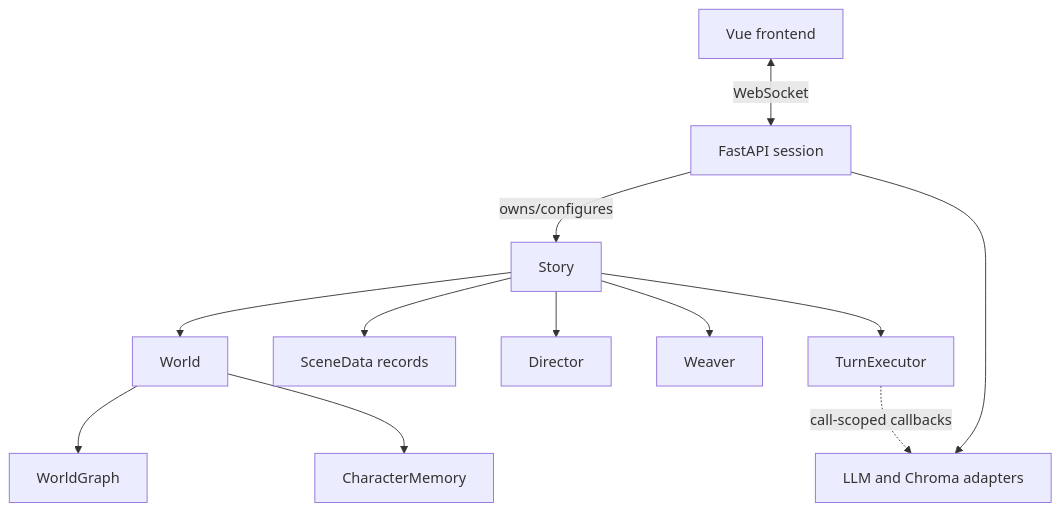
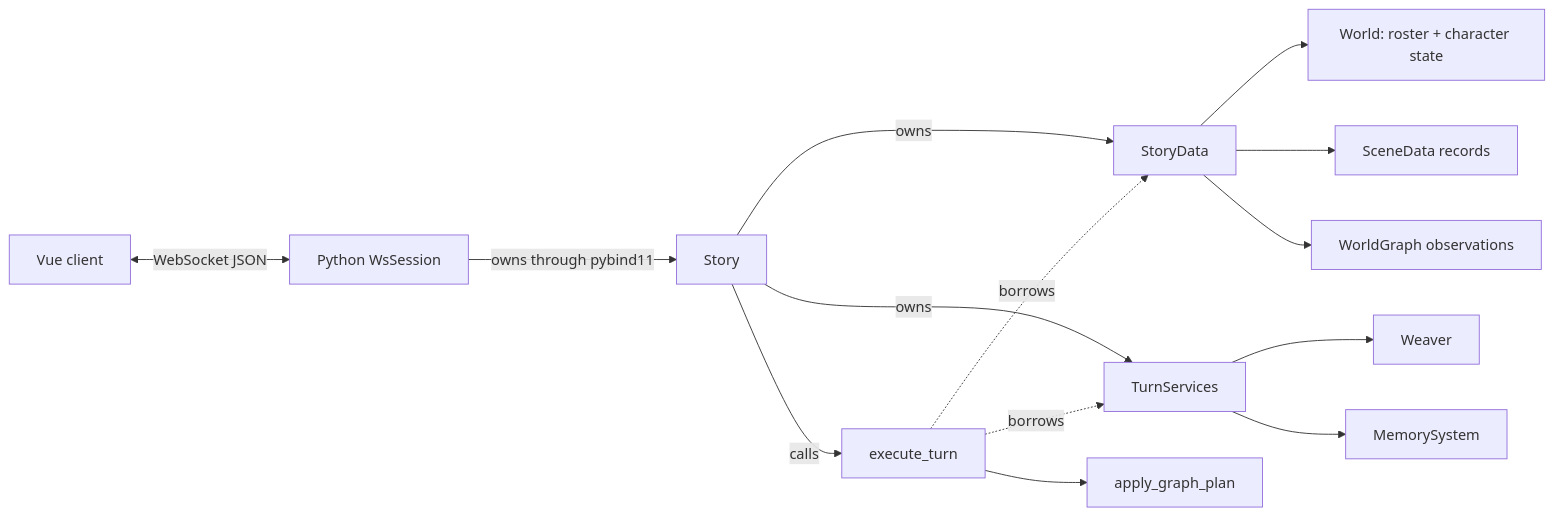
Before and after one commit to JiangWZW/Rhapsode: the diagram in wiki/architecture/system-overview.md, drawn with Mermaid. The commit also changed other lines of this file and 109 other files, not shown here.

````diff
--- a/wiki/architecture/system-overview.md
+++ b/wiki/architecture/system-overview.md
@@ -29,14 +42,16 @@
 ```mermaid
-flowchart TD
-    UI["Vue frontend"] <-->|WebSocket| API["FastAPI session"]
-    API -->|owns/configures| Story
-    API --> LLM["LLM and Chroma adapters"]
-    Story --> World
-    Story --> Scenes["SceneData records"]
-    Story --> Director
-    Story --> Weaver
-    Story --> Executor["TurnExecutor"]
-    Executor -.->|call-scoped callbacks| LLM
-    World --> Graph["WorldGraph"]
-    World --> Minds["CharacterMemory"]
+flowchart LR
+    UI["Vue client"] <-->|"WebSocket JSON"| Session["Python WsSession"]
+    Session -->|"owns through pybind11"| Story["Story"]
+    Story -->|"owns"| Data["StoryData"]
+    Story -->|"owns"| Services["TurnServices"]
+    Story -->|"calls"| Execute["execute_turn"]
+    Execute -.->|"borrows"| Data
+    Execute -.->|"borrows"| Services
+    Data --> World["World: roster + character state"]
+    Data --> Scenes["SceneData records"]
+    Data --> Graph["WorldGraph observations"]
+    Services --> Weaver["Weaver"]
+    Services --> Memory["MemorySystem"]
+    Execute --> GraphPlan["apply_graph_plan"]
 ```
````
